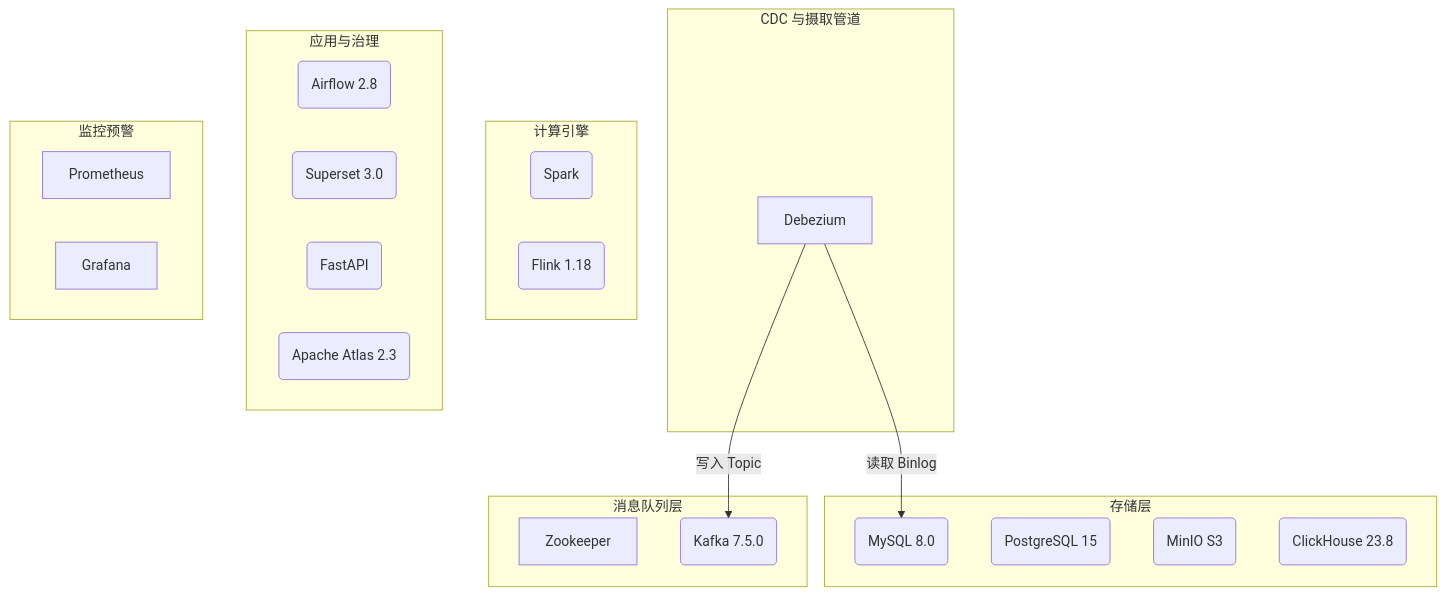
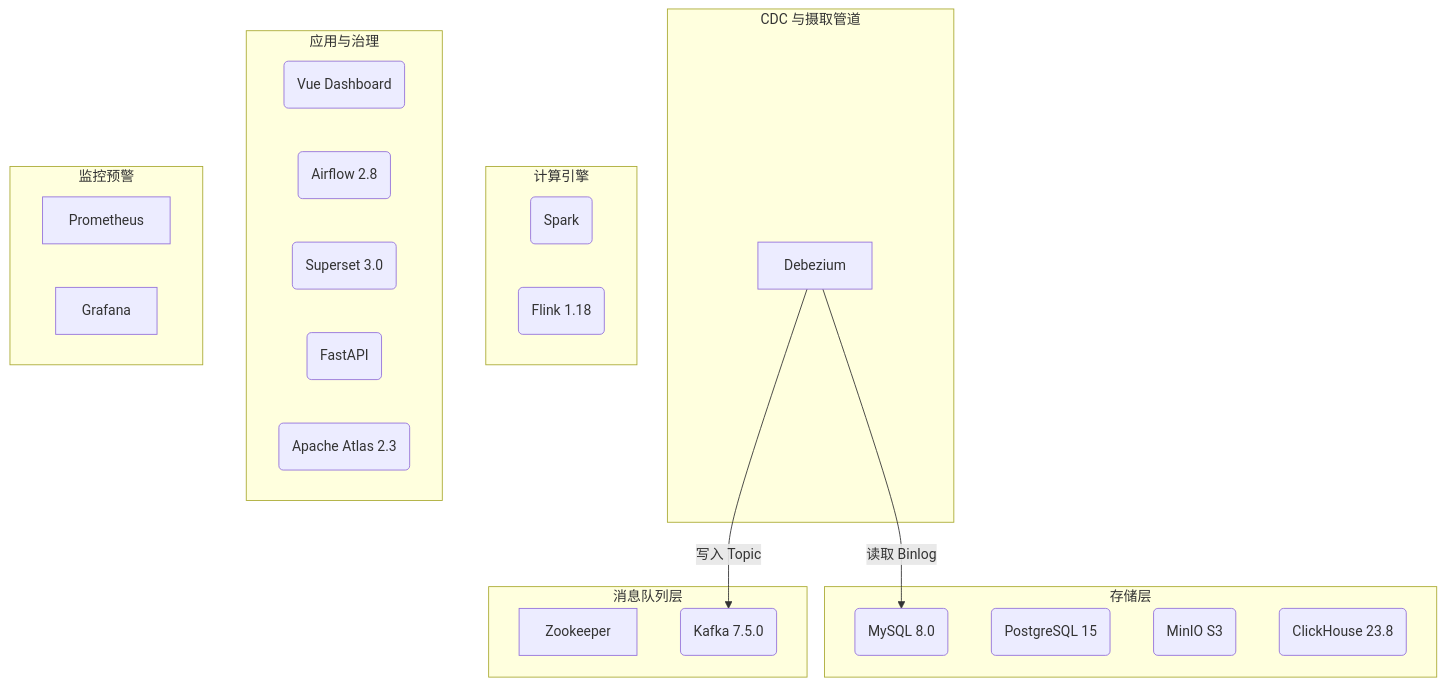
The diagram in platform/PLATFORM_GUIDE.md (ckhongdadada/spark-ecommerce-analytics), drawn with Mermaid before and after one commit. The commit also changed other lines of this file and 17 other files, not shown here.

````diff
--- a/platform/PLATFORM_GUIDE.md
+++ b/platform/PLATFORM_GUIDE.md
@@ -9,37 +9,38 @@
 ```mermaid
 graph TD
     subgraph Storage [存储层]
         MySQL(MySQL 8.0)
         PostgreSQL(PostgreSQL 15)
         MinIO(MinIO S3)
         ClickHouse(ClickHouse 23.8)
     end
     
     subgraph Messaging [消息队列层]
         Zookeeper
         Kafka(Kafka 7.5.0)
     end
     
     subgraph CDCPipeline [CDC 与摄取管道]
         Debezium
         Debezium -->|读取 Binlog| MySQL
         Debezium -->|写入 Topic| Kafka
     end
 
     subgraph Compute [计算引擎]
         Spark(Spark)
         Flink(Flink 1.18)
     end
     
     subgraph Apps [应用与治理]
+        Frontend(Vue Dashboard)
         Airflow(Airflow 2.8)
         Superset(Superset 3.0)
         FastAPI(FastAPI)
         Atlas(Apache Atlas 2.3)
     end
     
     subgraph Control [监控预警]
         Prometheus
         Grafana
     end
 ```
````
